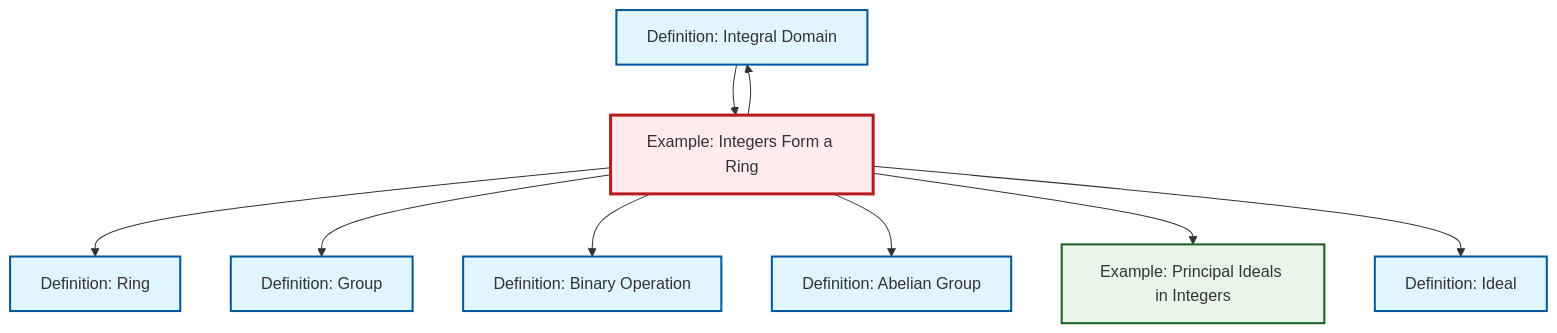
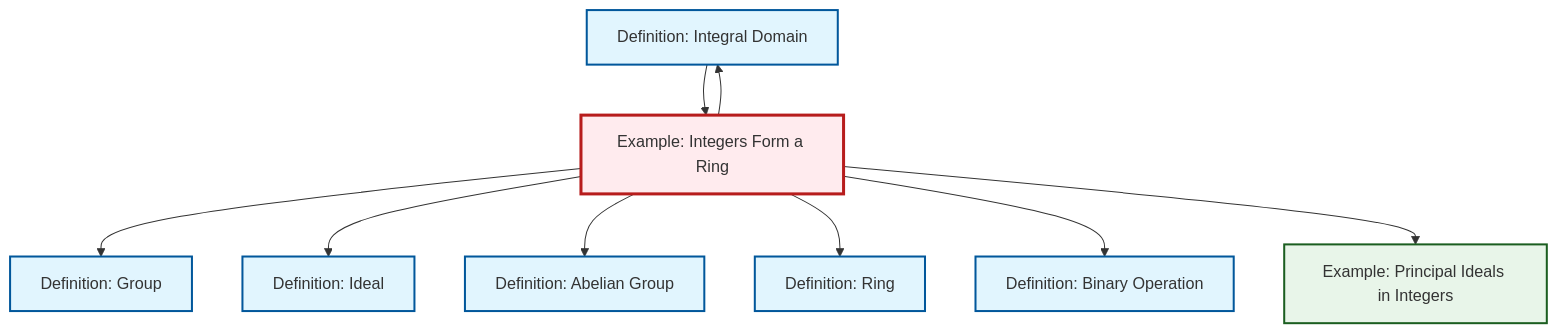
One commit to RK0429/ModernMath changed the diagram in content/en/algebra/ex-integers-ring.qmd. Above: the diagram before and after it, drawn with Mermaid. The commit also changed other lines of this file and 619 other files, not shown here.

````diff
--- a/content/en/algebra/ex-integers-ring.qmd
+++ b/content/en/algebra/ex-integers-ring.qmd
@@ -65,33 +65,33 @@
 ```{mermaid}
 %%| fig-cap: "Local dependency graph"
 graph TD
     classDef definition fill:#e1f5fe,stroke:#01579b,stroke-width:2px
     classDef theorem fill:#f3e5f5,stroke:#4a148c,stroke-width:2px
     classDef axiom fill:#fff3e0,stroke:#e65100,stroke-width:2px
     classDef example fill:#e8f5e9,stroke:#1b5e20,stroke-width:2px
     classDef current fill:#ffebee,stroke:#b71c1c,stroke-width:3px
+    def-binary-operation["Definition: Binary Operation"]:::definition
+    def-abelian-group["Definition: Abelian Group"]:::definition
     def-integral-domain["Definition: Integral Domain"]:::definition
+    def-group["Definition: Group"]:::definition
+    ex-integers-ring["Example: Integers Form a Ring"]:::example
     def-ideal["Definition: Ideal"]:::definition
     ex-principal-ideal["Example: Principal Ideals in Integers"]:::example
     def-ring["Definition: Ring"]:::definition
-    def-abelian-group["Definition: Abelian Group"]:::definition
-    ex-integers-ring["Example: Integers Form a Ring"]:::example
-    def-group["Definition: Group"]:::definition
-    def-binary-operation["Definition: Binary Operation"]:::definition
+    ex-integers-ring --> def-group
+    ex-integers-ring --> def-ideal
+    ex-integers-ring --> def-abelian-group
     ex-integers-ring --> def-ring
-    ex-integers-ring --> def-group
     ex-integers-ring --> def-binary-operation
+    ex-integers-ring --> def-integral-domain
     def-integral-domain --> ex-integers-ring
-    ex-integers-ring --> def-integral-domain
-    ex-integers-ring --> def-abelian-group
     ex-integers-ring --> ex-principal-ideal
-    ex-integers-ring --> def-ideal
     class ex-integers-ring current
+    click def-binary-operation "def-binary-operation.html" "Go to Binary Operation definition"
+    click def-abelian-group "def-abelian-group.html" "Go to Abelian Group definition"
     click def-integral-domain "def-integral-domain.html" "Go to Integral Domain definition"
+    click def-group "def-group.html" "Go to Group definition"
     click def-ideal "def-ideal.html" "Go to Ideal definition"
     click ex-principal-ideal "ex-principal-ideal.html" "Go to Principal Ideals in Integers example"
     click def-ring "def-ring.html" "Go to Ring definition"
-    click def-abelian-group "def-abelian-group.html" "Go to Abelian Group definition"
-    click def-group "def-group.html" "Go to Group definition"
-    click def-binary-operation "def-binary-operation.html" "Go to Binary Operation definition"
 ```
````
